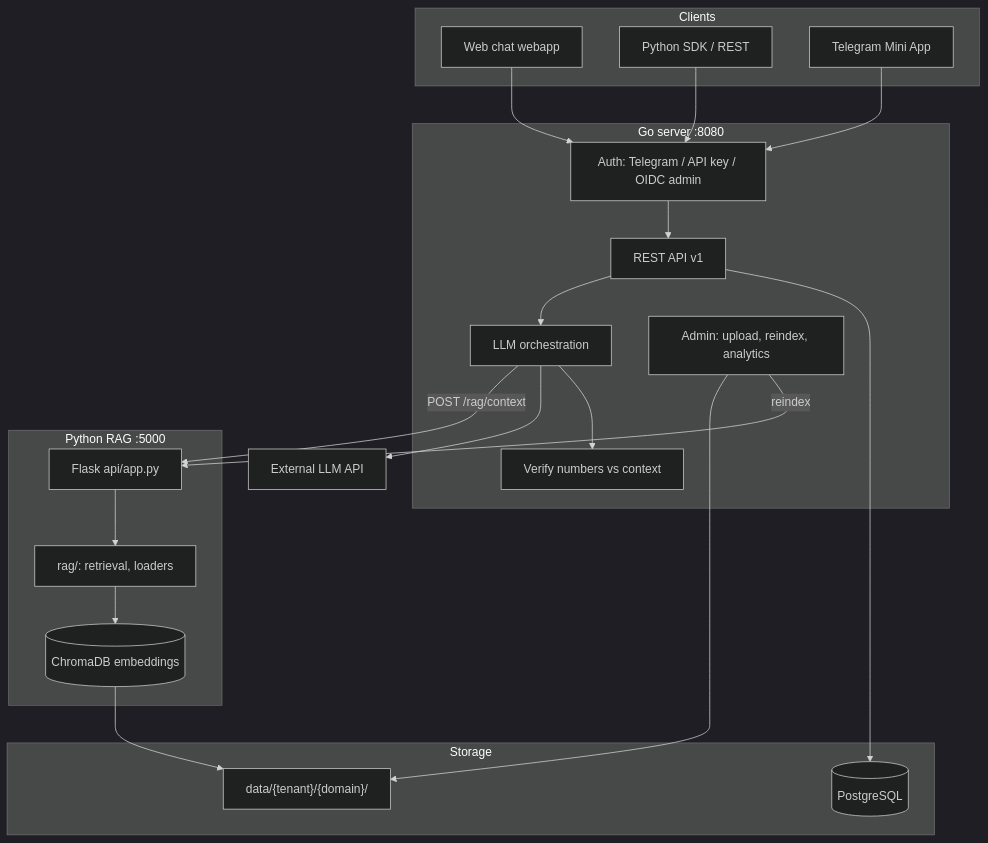
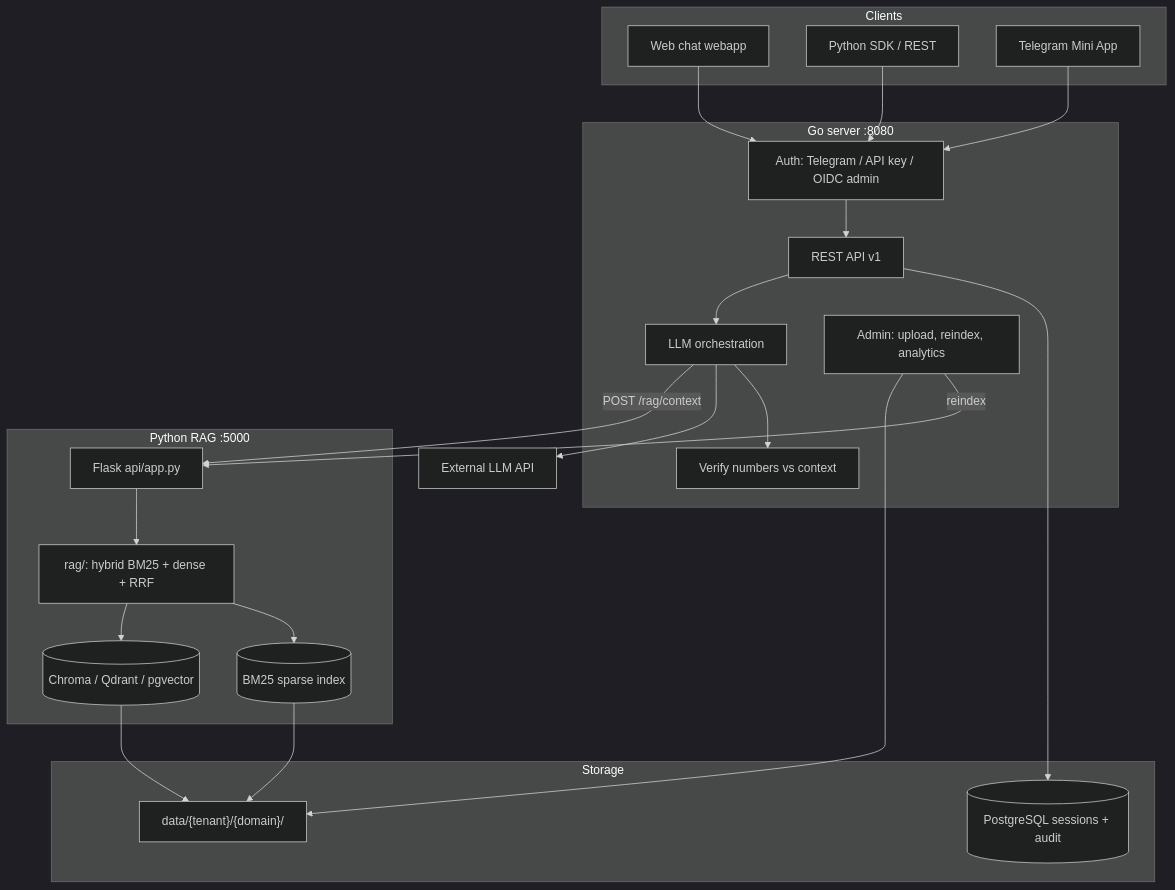
One commit to kantik001/grounded-llm changed the diagram in README.md. Above: the diagram before and after it, drawn with Mermaid (dark theme). The commit also changed other lines of this file and 2 other files, not shown here.

````diff
--- a/README.md
+++ b/README.md
@@ -29,43 +30,47 @@
 ```mermaid
 flowchart TB
     subgraph clients [Clients]
         Web[Web chat webapp]
         SDK[Python SDK / REST]
         TG[Telegram Mini App]
     end
 
     subgraph go [Go server :8080]
         Auth[Auth: Telegram / API key / OIDC admin]
         API[REST API v1]
         LLM[LLM orchestration]
         Verify[Verify numbers vs context]
         Admin[Admin: upload, reindex, analytics]
     end
 
     subgraph py [Python RAG :5000]
         Flask[Flask api/app.py]
-        RAG[rag/: retrieval, loaders]
-        Chroma[(ChromaDB embeddings)]
+        RAG[rag/: hybrid BM25 + dense + RRF]
+        Vector[(Chroma / Qdrant / pgvector)]
+        Sparse[(BM25 sparse index)]
     end
 
     subgraph storage [Storage]
-        PG[(PostgreSQL)]
+        PG[(PostgreSQL sessions + audit)]
         Files["data/{tenant}/{domain}/"]
     end
 
     LLMExt[External LLM API]
 
     Web --> Auth
     SDK --> Auth
     TG --> Auth
     Auth --> API
     API --> LLM
     LLM -->|POST /rag/context| Flask
-    Flask --> RAG --> Chroma
-    Chroma --> Files
+    Flask --> RAG
+    RAG --> Vector
+    RAG --> Sparse
+    Vector --> Files
+    Sparse --> Files
     LLM --> LLMExt
     LLM --> Verify
     API --> PG
     Admin --> Files
     Admin -->|reindex| Flask
 ```
````
